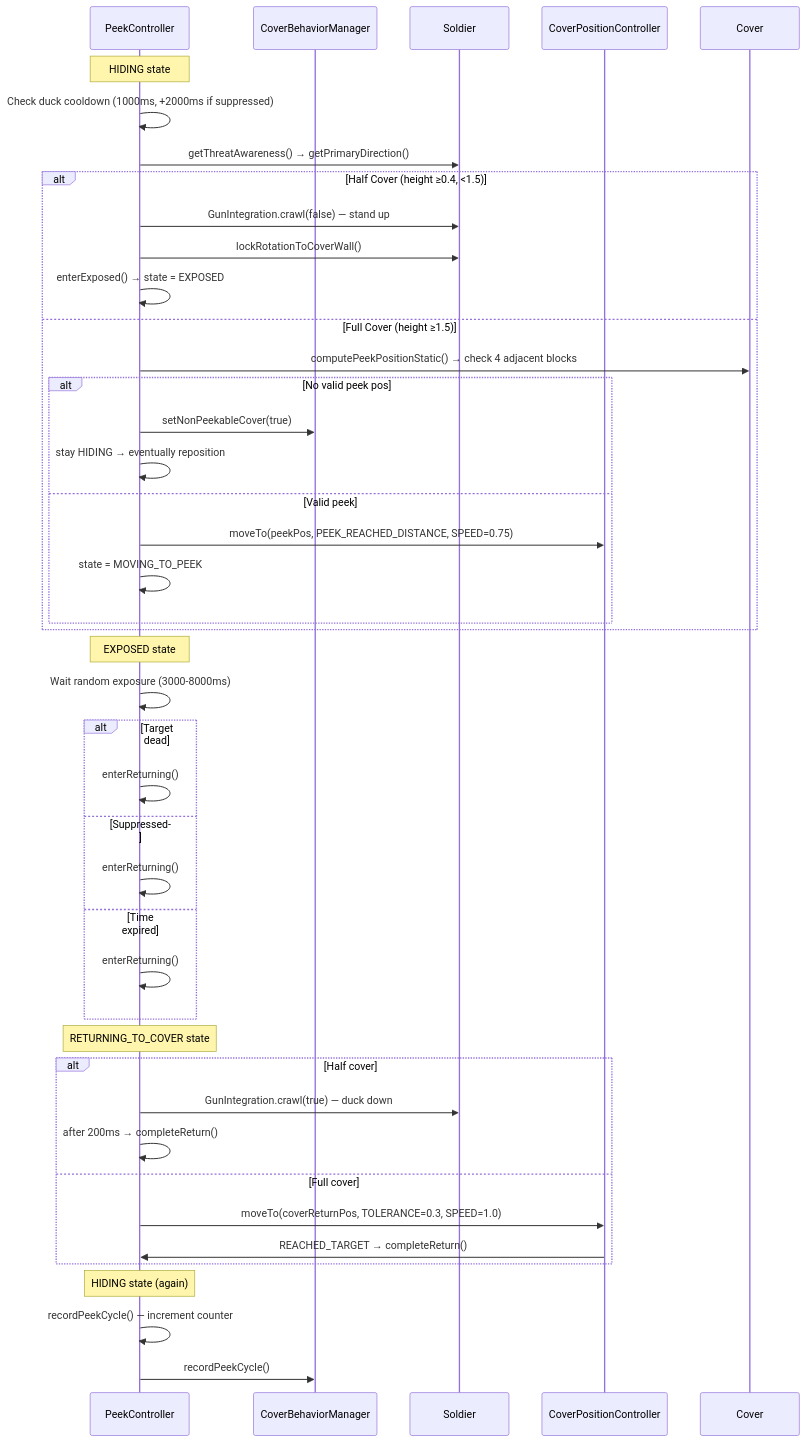
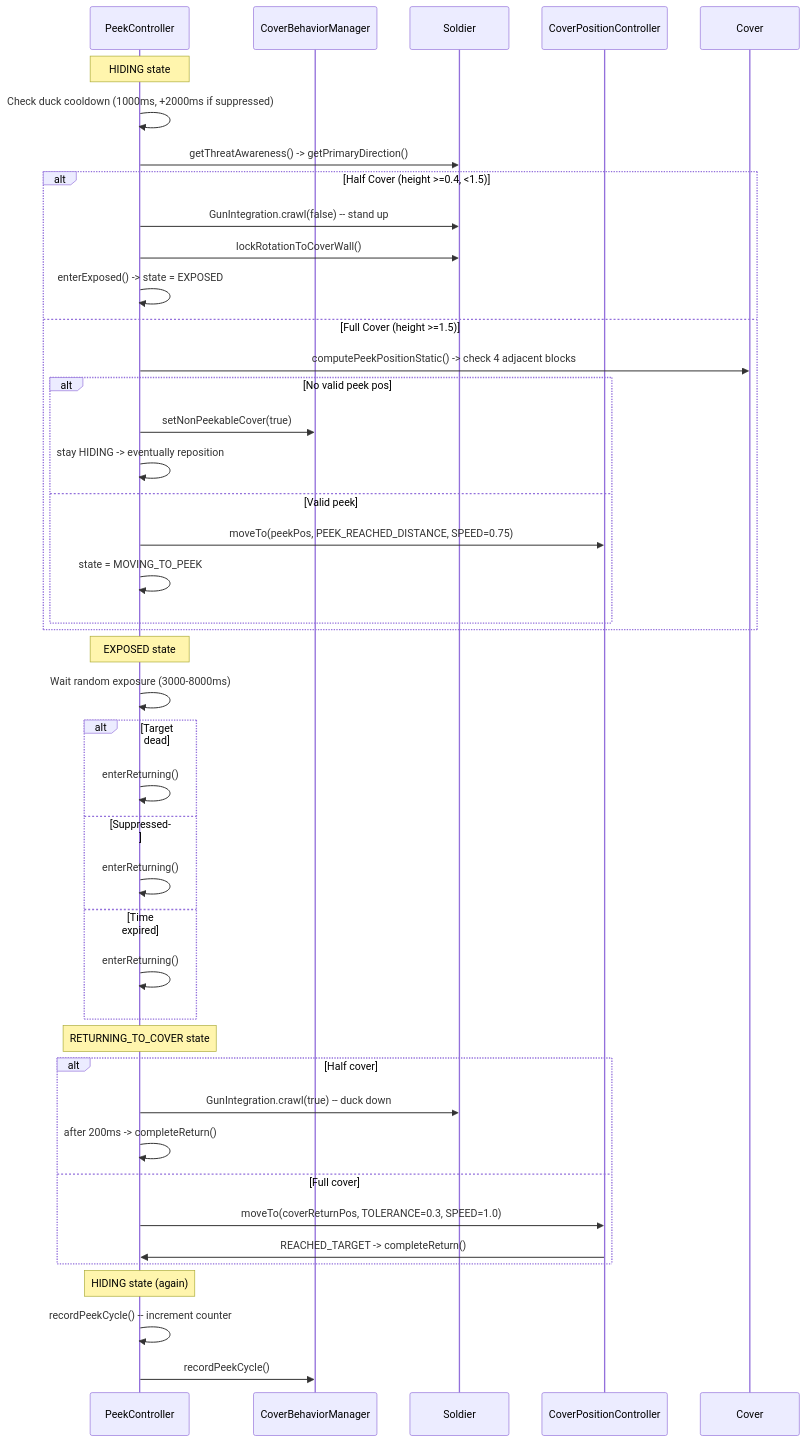
The ninth of 27 diagrams in ARCHITECTURE.md (MegiTicky/steves_army), drawn with Mermaid before and after one commit. The commit also changed other lines of this file, not shown here.

Commit message:
Fix ARCHITECTURE.md: replace broken unicode chars and Mermaid HTML tags with ASCII

````diff
--- a/ARCHITECTURE.md
+++ b/ARCHITECTURE.md
@@ -254,48 +254,48 @@
 ```mermaid
 sequenceDiagram
     Participant PC as PeekController
     Participant CBM as CoverBehaviorManager
     Participant Soldier
     Participant Ctr as CoverPositionController
 
     Note over PC: HIDING state
     PC->>PC: Check duck cooldown (1000ms, +2000ms if suppressed)
-    PC->>Soldier: getThreatAwareness() → getPrimaryDirection()
-    alt Half Cover (height ≥0.4, <1.5)
-        PC->>Soldier: GunIntegration.crawl(false) — stand up
+    PC->>Soldier: getThreatAwareness() -> getPrimaryDirection()
+    alt Half Cover (height >=0.4, <1.5)
+        PC->>Soldier: GunIntegration.crawl(false) -- stand up
         PC->>Soldier: lockRotationToCoverWall()
-        PC->>PC: enterExposed() → state = EXPOSED
-    else Full Cover (height ≥1.5)
-        PC->>Cover: computePeekPositionStatic() → check 4 adjacent blocks
+        PC->>PC: enterExposed() -> state = EXPOSED
+    else Full Cover (height >=1.5)
+        PC->>Cover: computePeekPositionStatic() -> check 4 adjacent blocks
         alt No valid peek pos
             PC->>CBM: setNonPeekableCover(true)
-            PC->>PC: stay HIDING → eventually reposition
+            PC->>PC: stay HIDING -> eventually reposition
         else Valid peek
             PC->>Ctr: moveTo(peekPos, PEEK_REACHED_DISTANCE, SPEED=0.75)
             PC->>PC: state = MOVING_TO_PEEK
         end
     end
 
     Note over PC: EXPOSED state
     PC->>PC: Wait random exposure (3000-8000ms)
     alt Target dead
         PC->>PC: enterReturning()
     else Suppressed
         PC->>PC: enterReturning()
     else Time expired
         PC->>PC: enterReturning()
     end
 
     Note over PC: RETURNING_TO_COVER state
     alt Half cover
-        PC->>Soldier: GunIntegration.crawl(true) — duck down
-        PC->>PC: after 200ms → completeReturn()
+        PC->>Soldier: GunIntegration.crawl(true) -- duck down
+        PC->>PC: after 200ms -> completeReturn()
     else Full cover
         PC->>Ctr: moveTo(coverReturnPos, TOLERANCE=0.3, SPEED=1.0)
-        Ctr->>PC: REACHED_TARGET → completeReturn()
+        Ctr->>PC: REACHED_TARGET -> completeReturn()
     end
 
     Note over PC: HIDING state (again)
-    PC->>PC: recordPeekCycle() — increment counter
+    PC->>PC: recordPeekCycle() -- increment counter
     PC->>CBM: recordPeekCycle()
 ```
````
